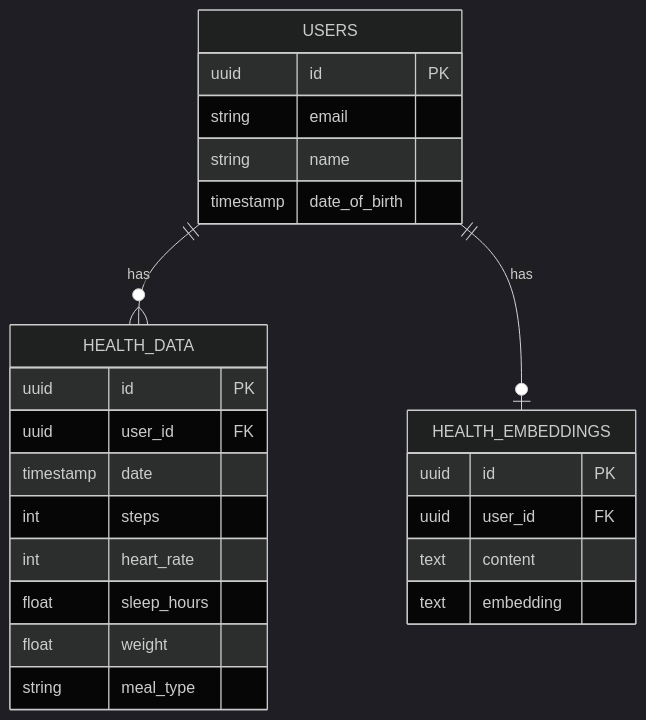
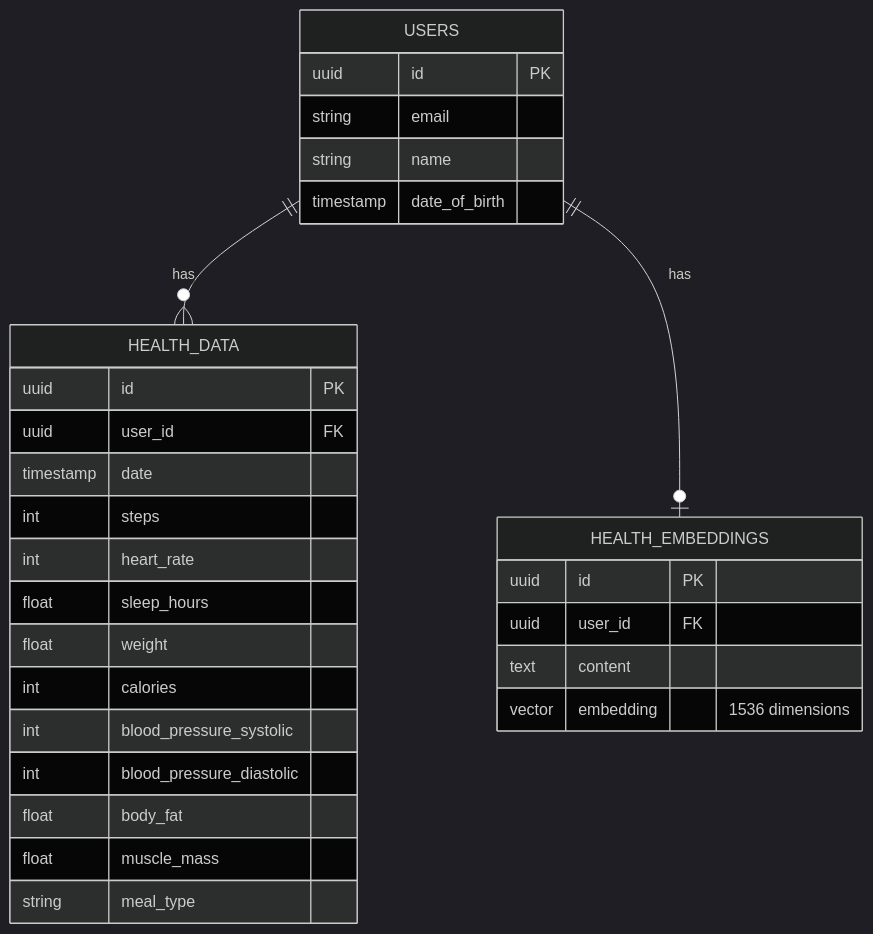
Before and after one commit to Thomas7899/VitalPlus: the diagram in README.md, drawn with Mermaid (dark theme). The commit also changed other lines of this file, not shown here.

````diff
--- a/README.md
+++ b/README.md
@@ -49,30 +231,35 @@
 ```mermaid
 erDiagram
     USERS ||--o{ HEALTH_DATA : has
     USERS ||--o| HEALTH_EMBEDDINGS : has
 
     USERS {
         uuid id PK
         string email
         string name
         timestamp date_of_birth
     }
 
     HEALTH_DATA {
         uuid id PK
         uuid user_id FK
         timestamp date
         int steps
         int heart_rate
         float sleep_hours
         float weight
+        int calories
+        int blood_pressure_systolic
+        int blood_pressure_diastolic
+        float body_fat
+        float muscle_mass
         string meal_type
     }
 
     HEALTH_EMBEDDINGS {
         uuid id PK
         uuid user_id FK
         text content
-        text embedding
+        vector embedding "1536 dimensions"
     }
 ```
````
